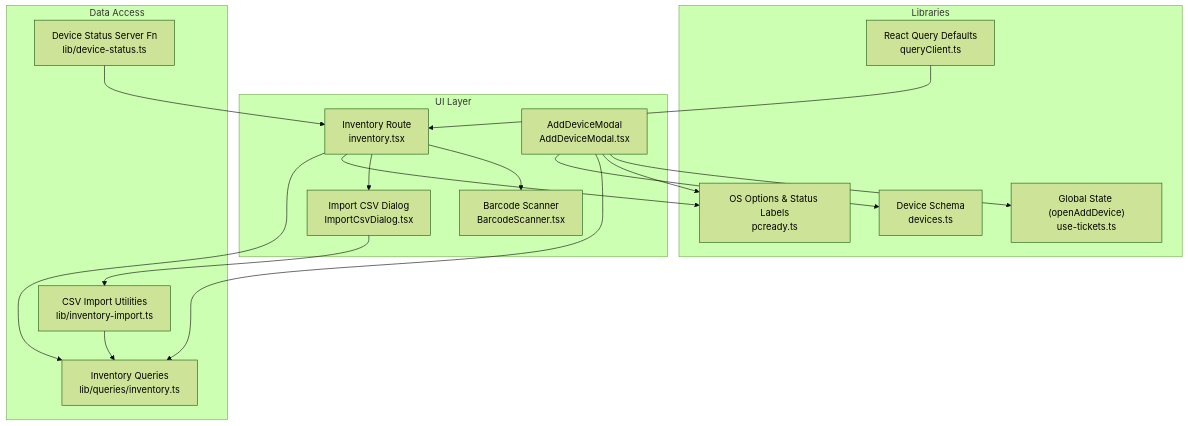
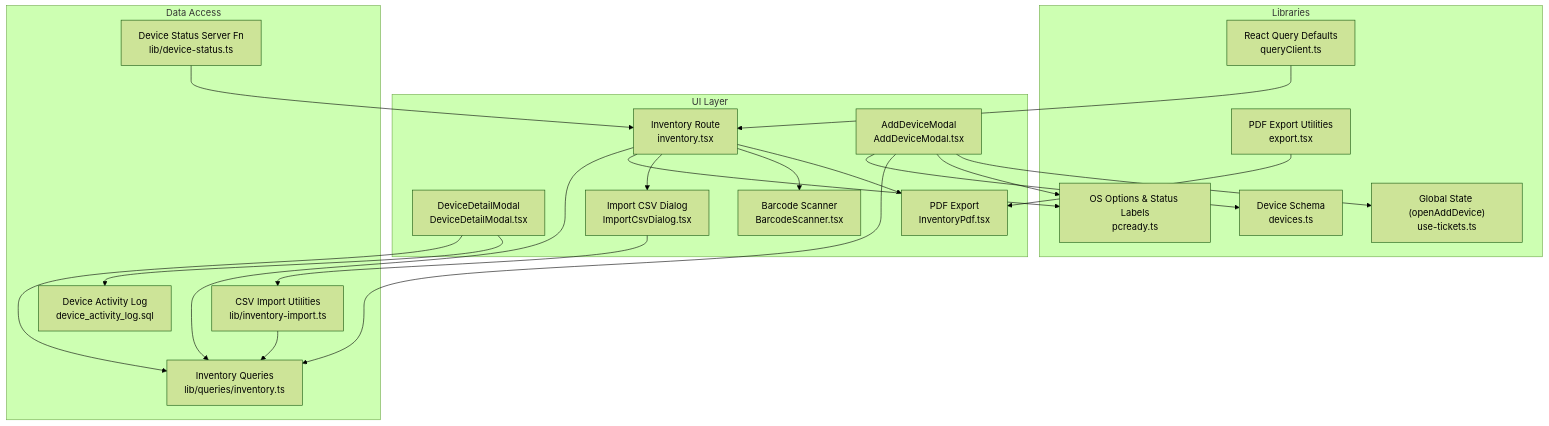
Before and after one commit to gastaldellomarco/pcReady: the first of 11 diagrams in .qoder/repowiki/en/content/Device Management System/Device Inventory Tracking.md, drawn with Mermaid (forest theme). The commit also changed other lines of this file and 5 other files, not shown here.

````diff
--- a/.qoder/repowiki/en/content/Device Management System/Device Inventory Tracking.md
+++ b/.qoder/repowiki/en/content/Device Management System/Device Inventory Tracking.md
@@ -48,32 +69,40 @@
 ```mermaid
 graph TB
 subgraph "UI Layer"
 INV["Inventory Route<br/>inventory.tsx"]
 ADD["AddDeviceModal<br/>AddDeviceModal.tsx"]
+DETAIL["DeviceDetailModal<br/>DeviceDetailModal.tsx"]
 IMPORT["Import CSV Dialog<br/>ImportCsvDialog.tsx"]
 BAR["Barcode Scanner<br/>BarcodeScanner.tsx"]
+PDF["PDF Export<br/>InventoryPdf.tsx"]
 end
 subgraph "Libraries"
 SCHEMA["Device Schema<br/>devices.ts"]
 PCREADY["OS Options & Status Labels<br/>pcready.ts"]
 TICKETS["Global State (openAddDevice)<br/>use-tickets.ts"]
 QUERY_CLIENT["React Query Defaults<br/>queryClient.ts"]
+EXPORT["PDF Export Utilities<br/>export.tsx"]
 end
 subgraph "Data Access"
 QUERIES["Inventory Queries<br/>lib/queries/inventory.ts"]
 STATUS_FN["Device Status Server Fn<br/>lib/device-status.ts"]
 IMPORT_LIB["CSV Import Utilities<br/>lib/inventory-import.ts"]
+ACTIVITY_DB["Device Activity Log<br/>device_activity_log.sql"]
 end
 INV --> QUERIES
 INV --> PCREADY
 INV --> IMPORT
 INV --> BAR
+INV --> PDF
 ADD --> SCHEMA
 ADD --> QUERIES
 ADD --> PCREADY
 ADD --> TICKETS
+DETAIL --> QUERIES
+DETAIL --> ACTIVITY_DB
 IMPORT --> IMPORT_LIB
 IMPORT_LIB --> QUERIES
 STATUS_FN --> INV
 QUERY_CLIENT --> INV
+EXPORT --> PDF
 ```
````
